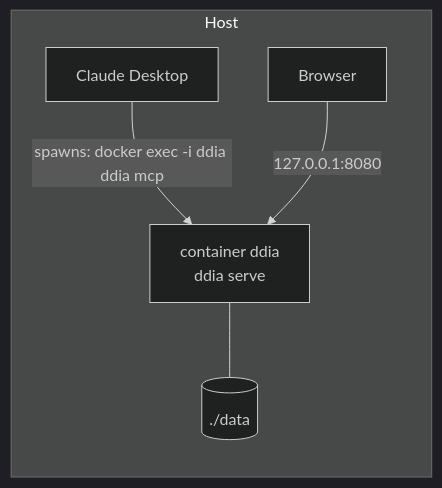
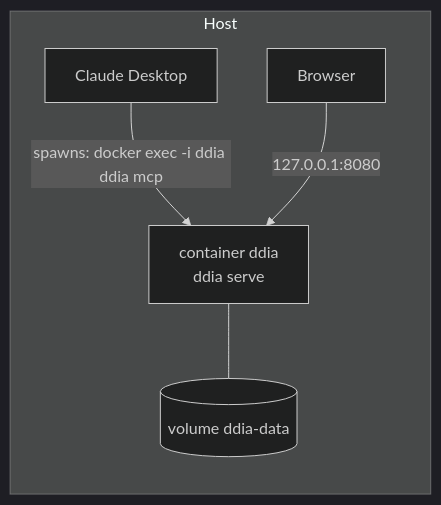
One commit to paulnopaul/ddia-assist changed the diagram in docs/spec/07-deployment.md. Above: the diagram before and after it, drawn with Mermaid (dark theme). The commit also changed other lines of this file and 18 other files, not shown here.

````diff
--- a/docs/spec/07-deployment.md
+++ b/docs/spec/07-deployment.md
@@ -3,9 +3,9 @@
 ```mermaid
 flowchart LR
     subgraph Host
         CD[Claude Desktop] -- "spawns: docker exec -i ddia ddia mcp" --> X
         B[Browser] -- "127.0.0.1:8080" --> X
-        Vol[("./data")]
+        Vol[("volume ddia-data")]
     end
     X["container ddia<br/>ddia serve"] --- Vol
 ```
````
